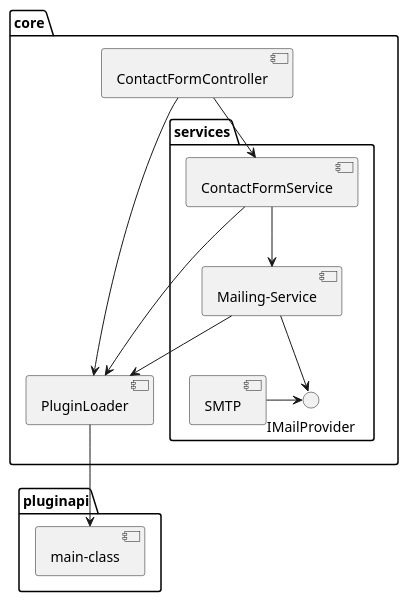
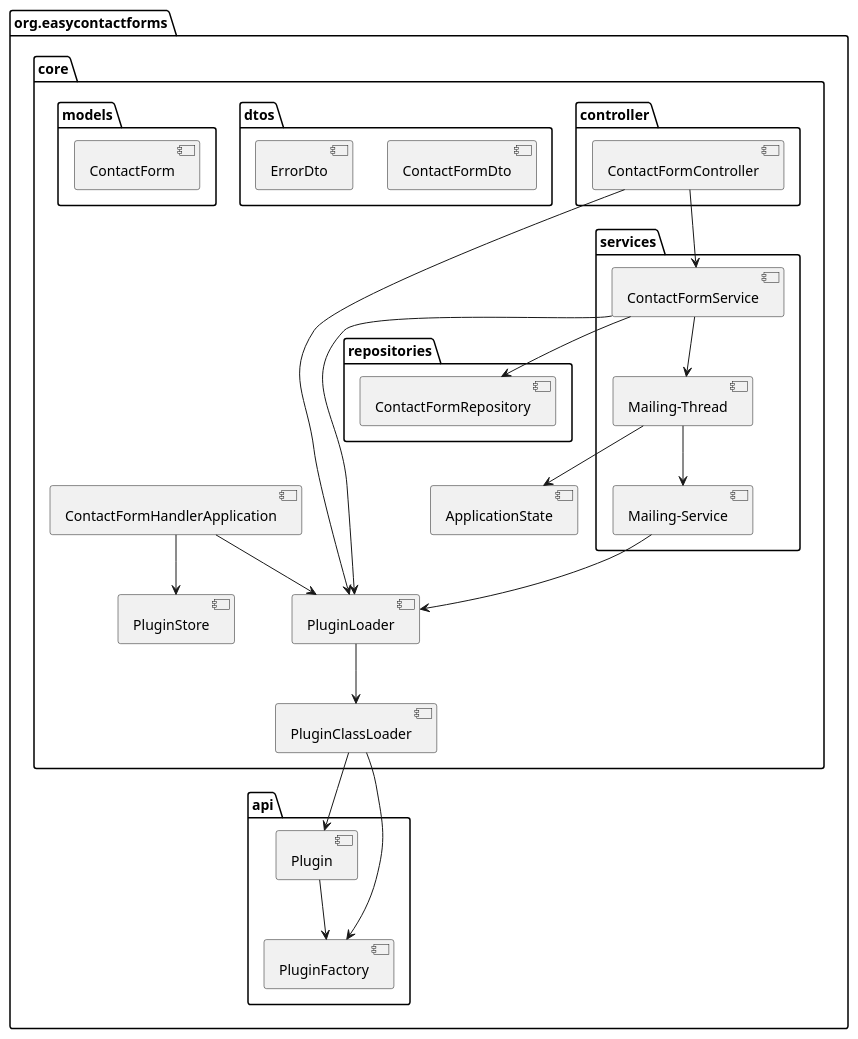
The diagram in docs/plugin-architecture.puml (Jan222333444/EasyContactForms), drawn with PlantUML before and after one commit. The commit also changed 9 other files, not shown here.

Commit message:
Updated documentation - updated UML-Diagram - added doc comments in classes

```diff
--- a/docs/plugin-architecture.puml
+++ b/docs/plugin-architecture.puml
@@ -1,28 +1,53 @@
 @startuml
-
-package pluginapi {
-    [main-class]
+package org.easycontactforms{
+package api {
+    [Plugin]
+    [PluginFactory]
+    [Plugin] --> [PluginFactory]
 }
 
 package core {
-    [ContactFormController]
+
+    package controller {
+        [ContactFormController]
+    }
+    package dtos {
+         [ContactFormDto]
+         [ErrorDto]
+    }
+    package models {
+         [ContactForm]
+    }
+    package repositories {
+        [ContactFormRepository]
+    }
+
     package services{
         [Mailing-Service]
+        [Mailing-Thread]
         [ContactFormService]
-        interface IMailProvider
-        [SMTP]
-        [SMTP] -r-> IMailProvider
-        [Mailing-Service] --> IMailProvider
 
+        [Mailing-Thread]-->[Mailing-Service]
     }
     [PluginLoader]
+    [PluginClassLoader]
+    [PluginStore]
+    [ApplicationState]
+    [ContactFormHandlerApplication]
+    [ContactFormHandlerApplication] --> [PluginLoader]
+    [ContactFormHandlerApplication] --> [PluginStore]
+    [Mailing-Thread] --> [ApplicationState]
+    [ContactFormService] --> [ContactFormRepository]
 
     [ContactFormController] --> [ContactFormService]
-    [ContactFormService] --> [Mailing-Service]
+    [ContactFormService] --> [Mailing-Thread]
     [ContactFormController] --> [PluginLoader]
     [ContactFormService] --> [PluginLoader]
     [Mailing-Service] --> [PluginLoader]
-    [PluginLoader] --> [main-class]
+    [PluginLoader] --> [PluginClassLoader]
+    [PluginClassLoader] --> [Plugin]
+    [PluginClassLoader] --> [PluginFactory]
 
 }
+}
 @enduml
```
